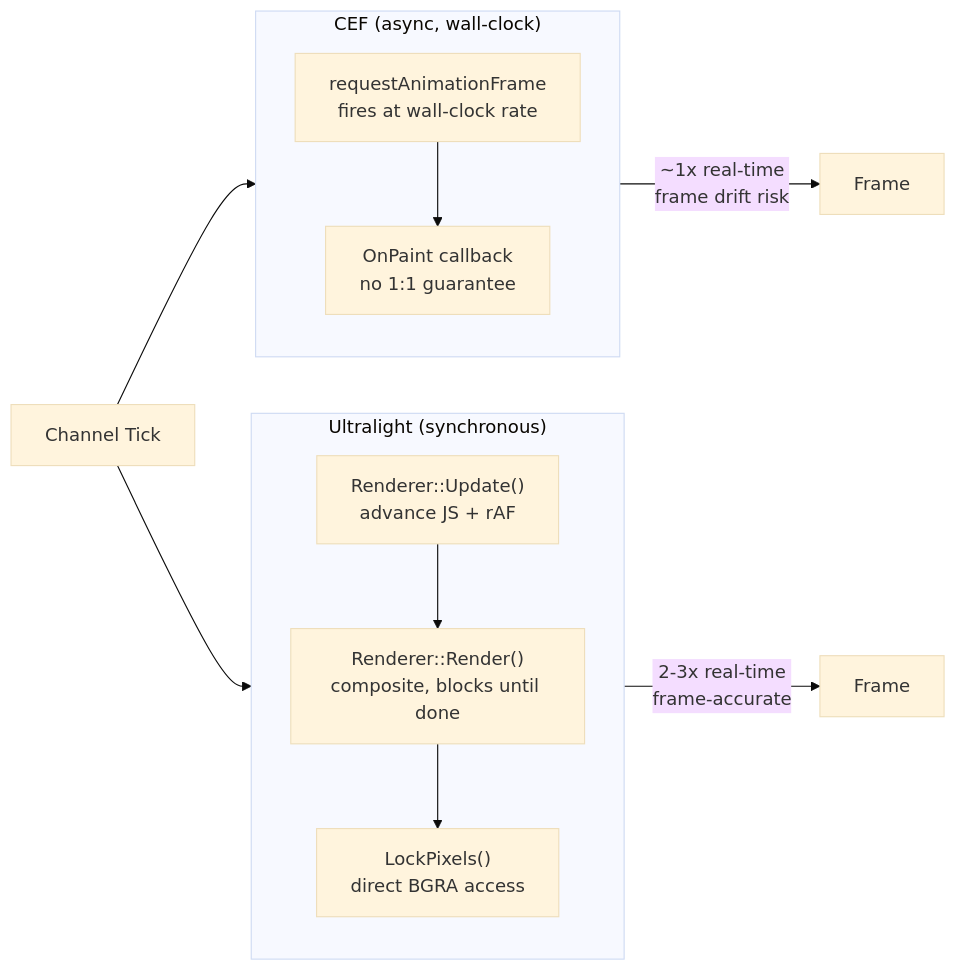
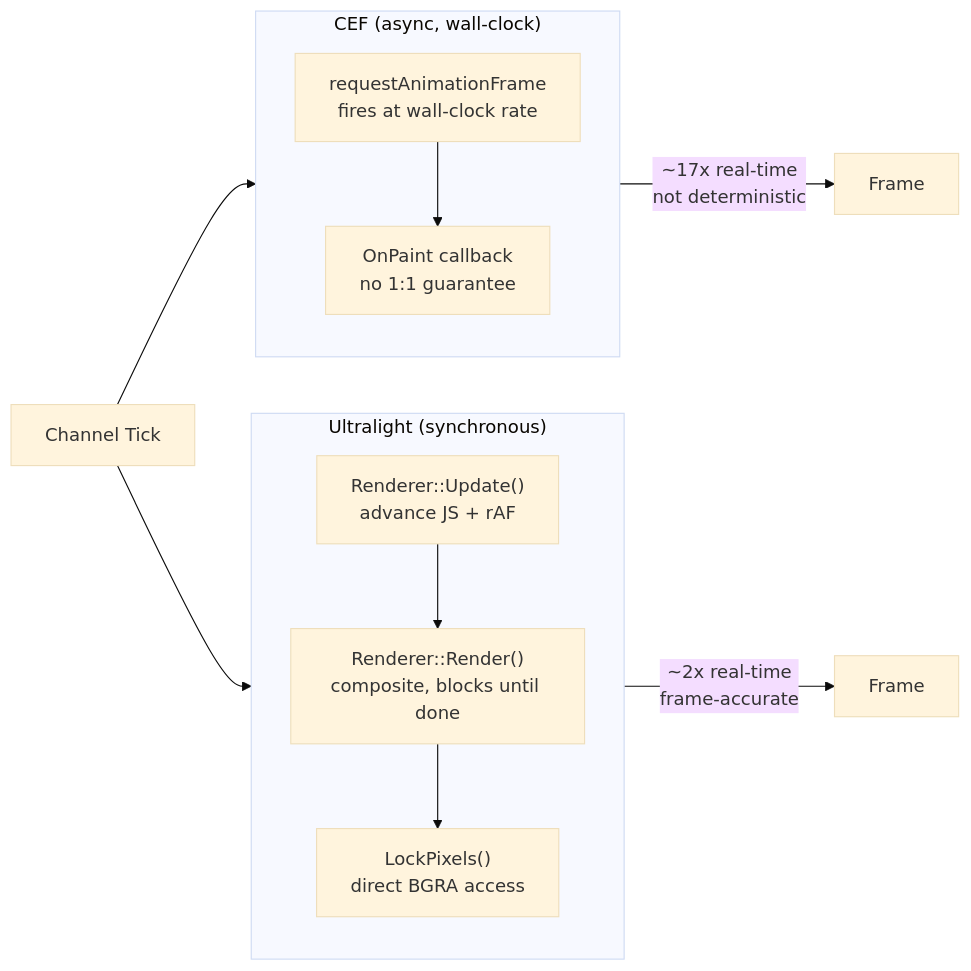
One commit to den-frie-vilje/casparCG changed the tenth of 11 diagrams in docs/architecture.md. Above: the diagram before and after it, drawn with Mermaid (base theme). The commit also changed other lines of this file and 2 other files, not shown here.

````diff
--- a/docs/architecture.md
+++ b/docs/architecture.md
@@ -620,23 +620,23 @@
 ```mermaid
 flowchart LR
     subgraph CEF["CEF (async, wall-clock)"]
         direction TB
         CEF_RAF["requestAnimationFrame<br/>fires at wall-clock rate"]
         CEF_PAINT["OnPaint callback<br/>no 1:1 guarantee"]
         CEF_RAF --> CEF_PAINT
     end
 
     subgraph Ultralight["Ultralight (synchronous)"]
         direction TB
         UL_UPDATE["Renderer::Update()<br/>advance JS + rAF"]
         UL_RENDER["Renderer::Render()<br/>composite, blocks until done"]
         UL_PIXELS["LockPixels()<br/>direct BGRA access"]
         UL_UPDATE --> UL_RENDER --> UL_PIXELS
     end
 
     TICK[Channel Tick] --> CEF
     TICK --> Ultralight
 
-    CEF -->|"~1x real-time<br/>frame drift risk"| FRAME1[Frame]
-    Ultralight -->|"2-3x real-time<br/>frame-accurate"| FRAME2[Frame]
+    CEF -->|"~17x real-time<br/>not deterministic"| FRAME1[Frame]
+    Ultralight -->|"~2x real-time<br/>frame-accurate"| FRAME2[Frame]
 ```
````
